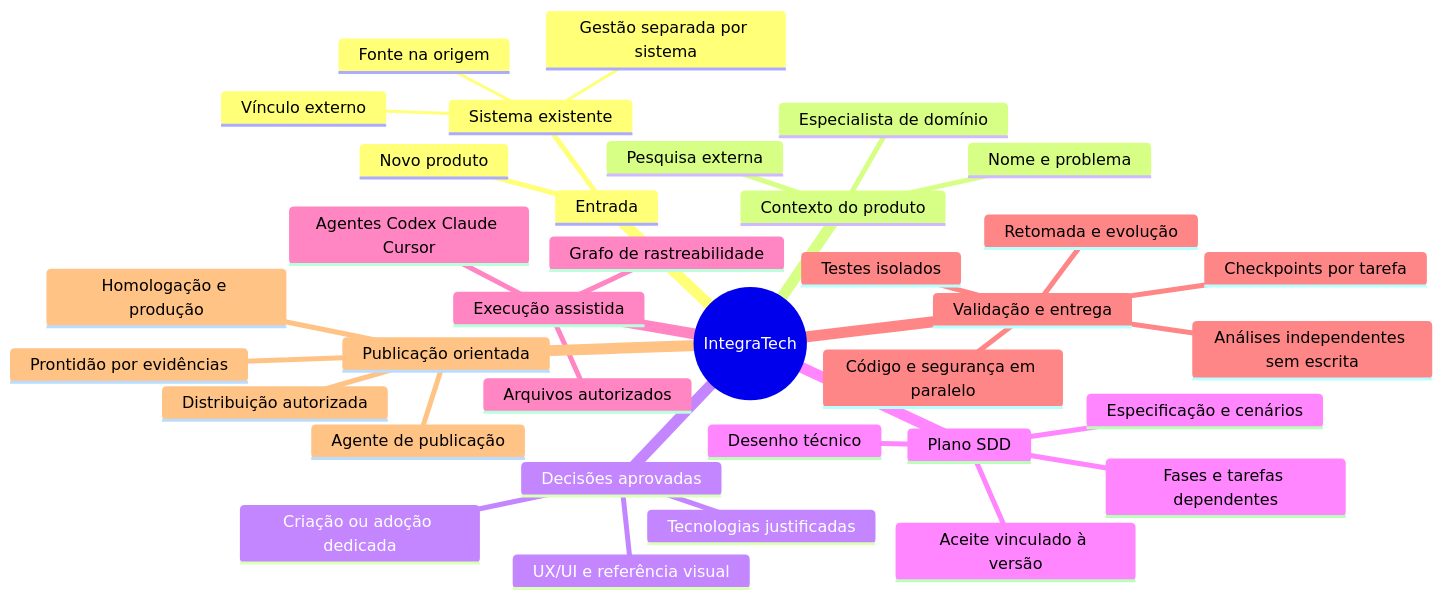
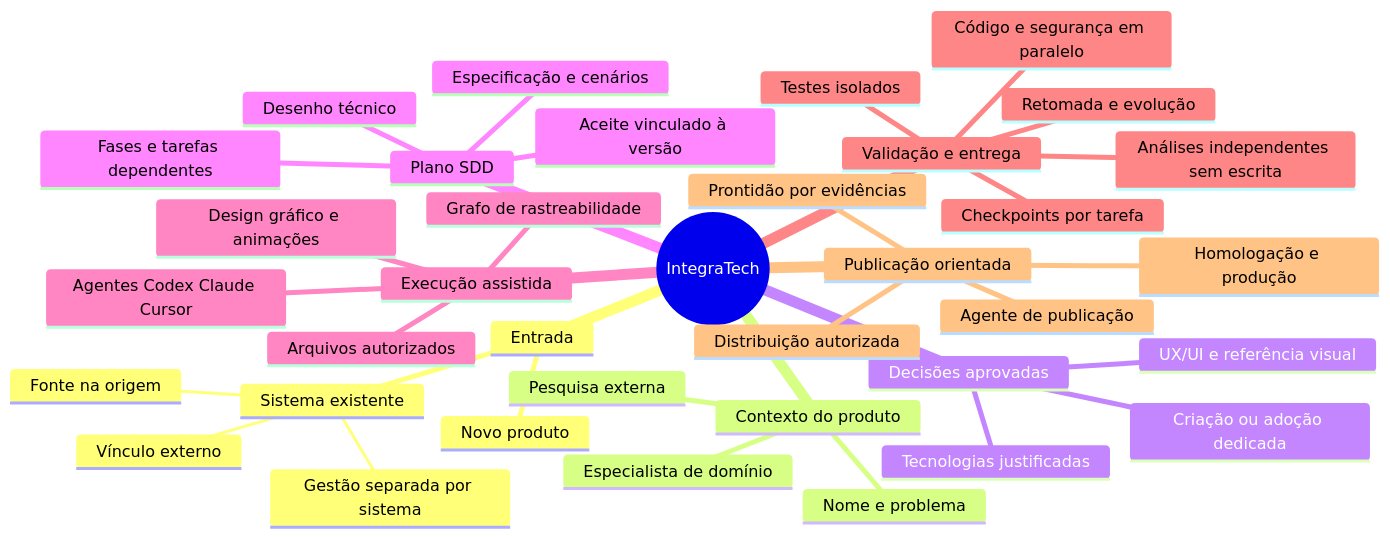
Before and after one commit to erickcremona/IntegraTech: the diagram in README.md, drawn with Mermaid. The commit also changed other lines of this file and 23 other files, not shown here.

Commit message:
feat: add graphic design skill and refresh visual mind map

````diff
--- a/README.md
+++ b/README.md
@@ -9,38 +16,39 @@
 ```mermaid
 mindmap
   root((IntegraTech))
     Entrada
       Novo produto
       Sistema existente
         Vínculo externo
         Fonte na origem
         Gestão separada por sistema
     Contexto do produto
       Nome e problema
       Pesquisa externa
       Especialista de domínio
     Decisões aprovadas
       Tecnologias justificadas
       UX/UI e referência visual
       Criação ou adoção dedicada
     Plano SDD
       Especificação e cenários
       Desenho técnico
       Fases e tarefas dependentes
       Aceite vinculado à versão
     Execução assistida
       Agentes Codex Claude Cursor
       Arquivos autorizados
       Grafo de rastreabilidade
+      Design gráfico e animações
     Validação e entrega
       Testes isolados
       Código e segurança em paralelo
       Análises independentes sem escrita
       Checkpoints por tarefa
       Retomada e evolução
     Publicação orientada
       Agente de publicação
       Prontidão por evidências
       Homologação e produção
       Distribuição autorizada
 ```
````
